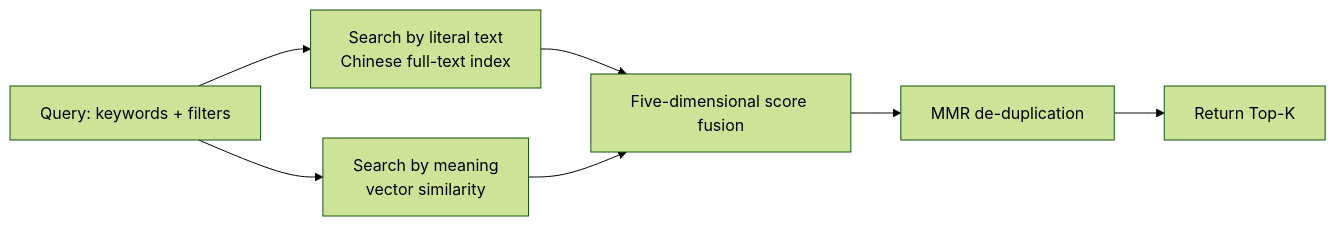
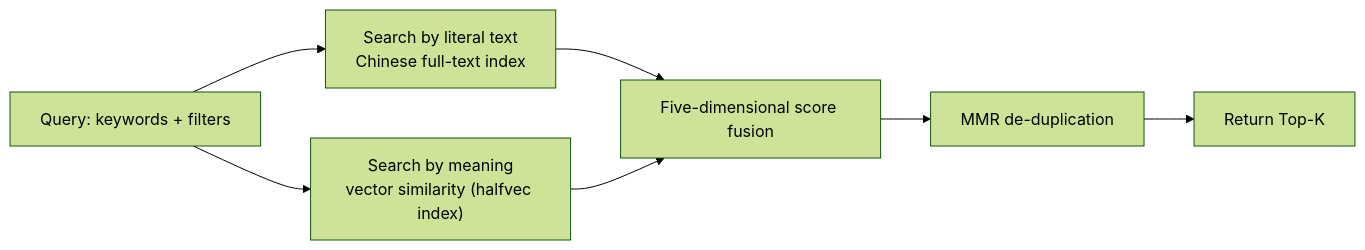
One commit to orderye/memory-hub changed the second of 2 diagrams in README.en.md. Above: the diagram before and after it, drawn with Mermaid (forest theme). The commit also changed other lines of this file and 10 other files, not shown here.

````diff
--- a/README.en.md
+++ b/README.en.md
@@ -355,9 +360,9 @@
 ```mermaid
 flowchart LR
     Q["Query: keywords + filters"] --> FTS["Search by literal text<br/>Chinese full-text index"]
-    Q --> VEC["Search by meaning<br/>vector similarity"]
+    Q --> VEC["Search by meaning<br/>vector similarity (halfvec index)"]
     FTS --> Score["Five-dimensional score fusion"]
     VEC --> Score
     Score --> Dedup["MMR de-duplication"]
     Dedup --> Out["Return Top-K"]
 ```
````
